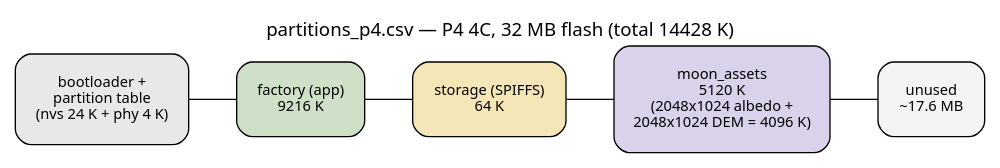
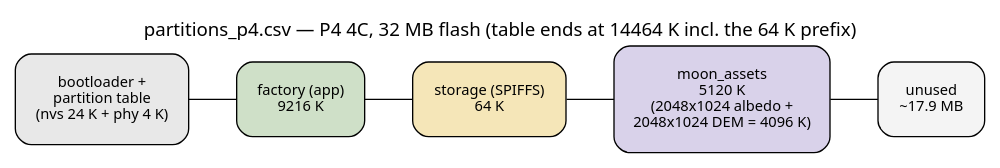
The diagram in docs/_graphs/partition-p4.dot (ukos-git/moon-clock-esp), drawn with Graphviz before and after one commit. The commit also changed 42 other files, not shown here.

```diff
--- a/docs/_graphs/partition-p4.dot
+++ b/docs/_graphs/partition-p4.dot
@@ -1,19 +1,19 @@
 // P4 (32 MB flash) partition layout — partitions_p4.csv
 // Rendered inline as SVG by sphinx.ext.graphviz (dot on PATH).
 digraph partitions_p4 {
     rankdir=LR;
-    label="partitions_p4.csv — P4 4C, 32 MB flash (total 14428 K)";
+    label="partitions_p4.csv — P4 4C, 32 MB flash (table ends at 14464 K incl. the 64 K prefix)";
     labelloc=t;
     fontsize=14;
     fontname=sans;
     node [fontname=sans, shape=box, style="rounded,filled", height=0.55, margin=0.22, fontsize=11];
     edge [fontname=sans, fontsize=9, arrowhead=none];
 
     boot    [label="bootloader +\npartition table\n(nvs 24 K + phy 4 K)", fillcolor="#e8e8e8", fillstyle=solid];
     factory [label="factory (app)\n9216 K", fillcolor="#cfe0c8", fillstyle=solid];
     storage [label="storage (SPIFFS)\n64 K", fillcolor="#f5e6b8", fillstyle=solid];
     assets  [label="moon_assets\n5120 K\n(2048x1024 albedo +\n2048x1024 DEM = 4096 K)", fillcolor="#d9d2ea", fillstyle=solid];
-    free    [label="unused\n~17.6 MB", fillcolor="#f4f4f4", fillstyle=solid];
+    free    [label="unused\n~17.9 MB", fillcolor="#f4f4f4", fillstyle=solid];
 
     boot -> factory -> storage -> assets -> free;
 }
```
